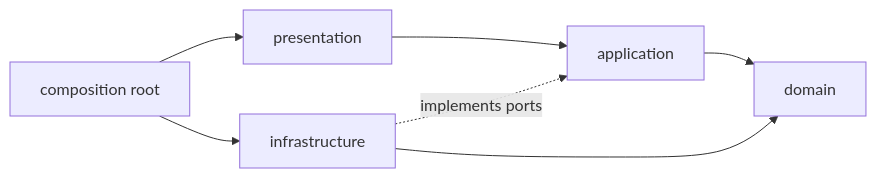
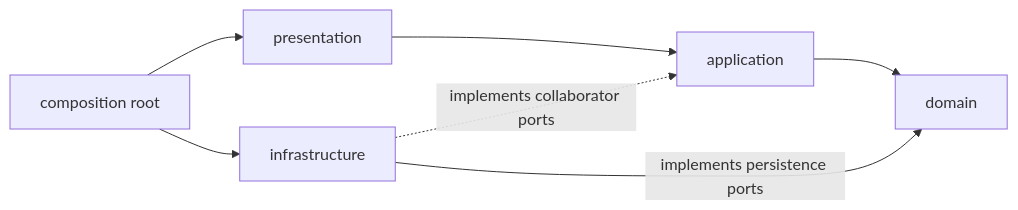
One commit to alonsovndev/engineering-handbook changed the first of 2 diagrams in docs/architecture/clean-architecture.md. Above: the diagram before and after it, drawn with Mermaid. The commit also changed other lines of this file and 5 other files, not shown here.

First line of the commit message:
docs(architecture): add design principles and patterns pages

````diff
--- a/docs/architecture/clean-architecture.md
+++ b/docs/architecture/clean-architecture.md
@@ -5,9 +9,9 @@
 ```mermaid
 flowchart LR
   presentation[presentation] --> application
   application --> domain
-  infrastructure --> domain
-  infrastructure -. implements ports .-> application
+  infrastructure -->|implements persistence ports| domain
+  infrastructure -.->|implements collaborator ports| application
   composition[composition root] --> presentation
   composition --> infrastructure
 ```
````
